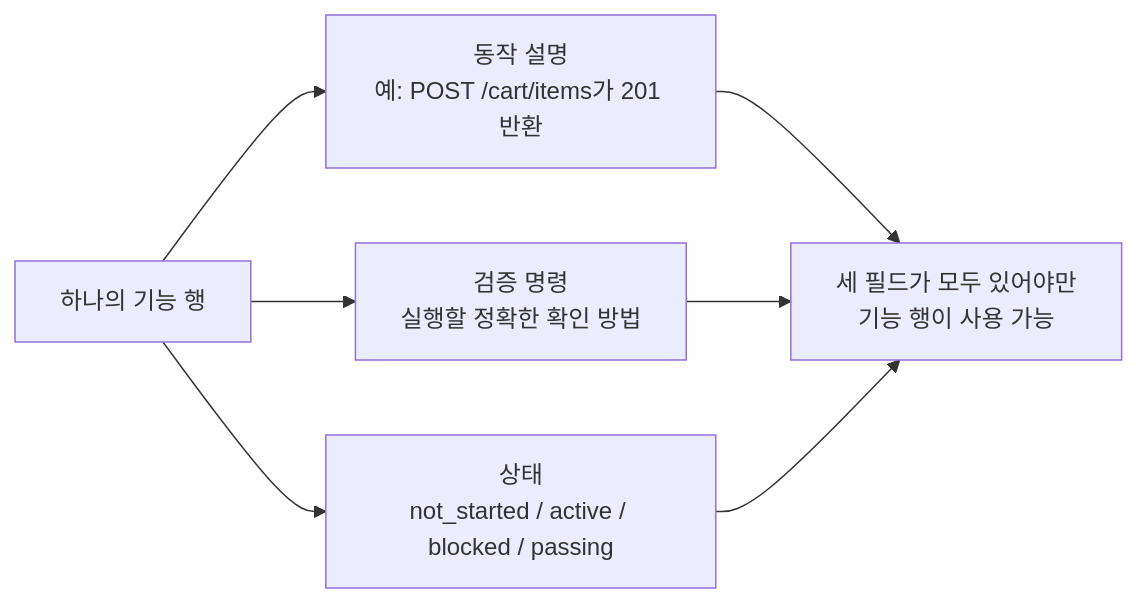
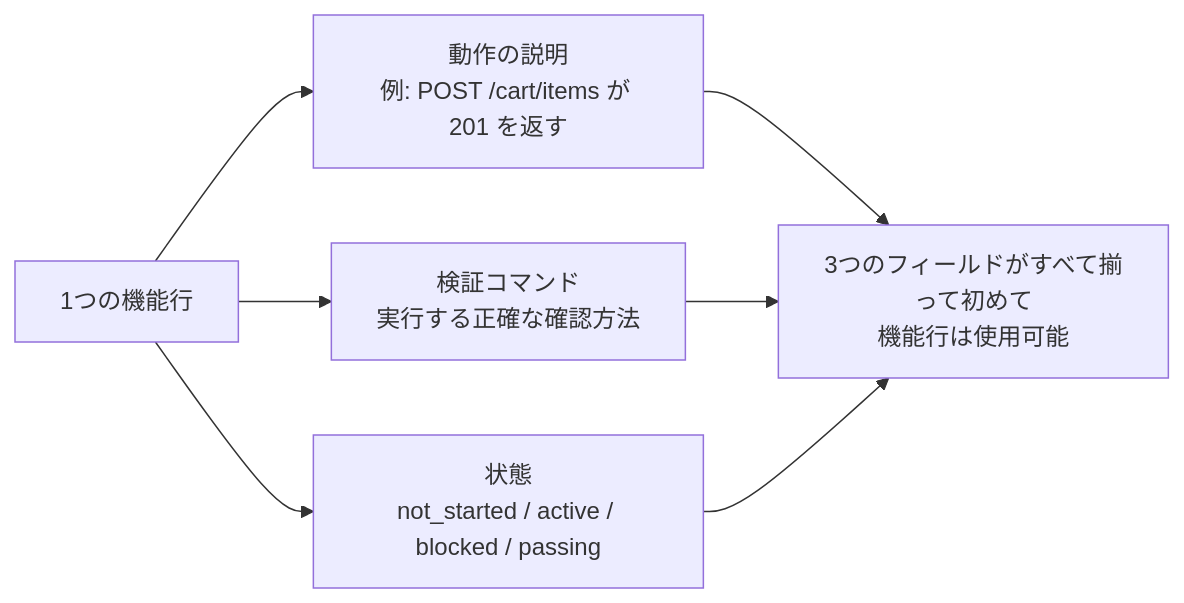
The first of 2 diagrams in docs/ko/lectures/lecture-08-why-feature-lists-are-harness-primitives/index.md (mkusaka/learn-harness-engineering), drawn with Mermaid before and after one commit. The commit also changed other lines of this file and 571 other files, not shown here.

````diff
--- a/docs/ko/lectures/lecture-08-why-feature-lists-are-harness-primitives/index.md
+++ b/docs/ko/lectures/lecture-08-why-feature-lists-are-harness-primitives/index.md
@@ -29,10 +29,10 @@
 ```mermaid
 flowchart LR
-    Feature["하나의 기능 행"] --> Behavior["동작 설명<br/>예: POST /cart/items가 201 반환"]
-    Feature --> Check["검증 명령<br/>실행할 정확한 확인 방법"]
-    Feature --> State["상태<br/>not_started / active / blocked / passing"]
+    Feature["1つの機能行"] --> Behavior["動作の説明<br/>例: POST /cart/items が 201 を返す"]
+    Feature --> Check["検証コマンド<br/>実行する正確な確認方法"]
+    Feature --> State["状態<br/>not_started / active / blocked / passing"]
 
-    Behavior --> Complete["세 필드가 모두 있어야만<br/>기능 행이 사용 가능"]
+    Behavior --> Complete["3つのフィールドがすべて揃って初めて<br/>機能行は使用可能"]
     Check --> Complete
     State --> Complete
 ```
````
